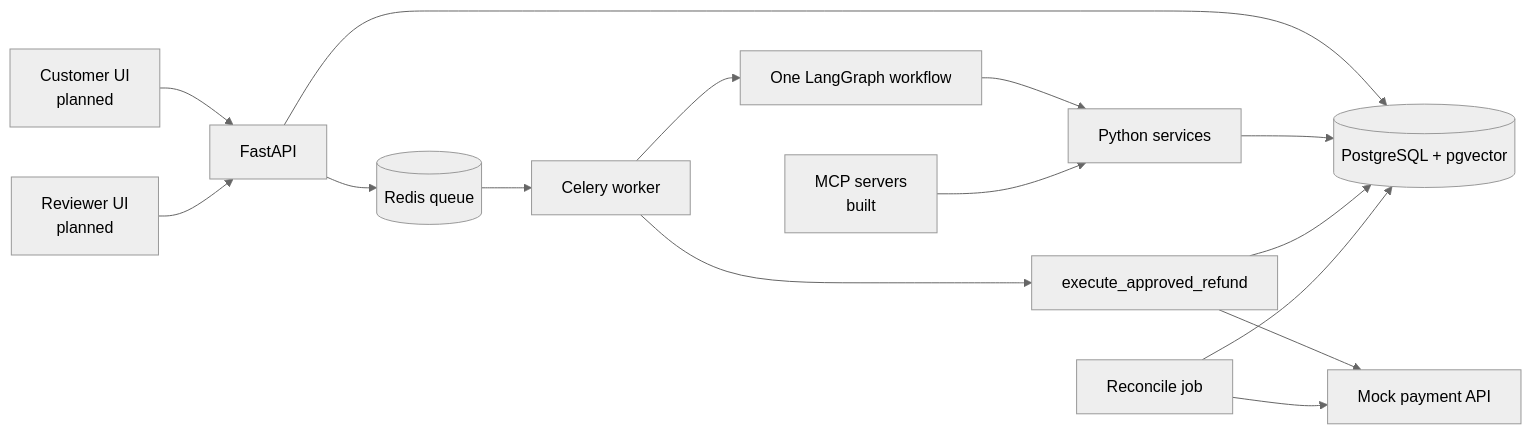
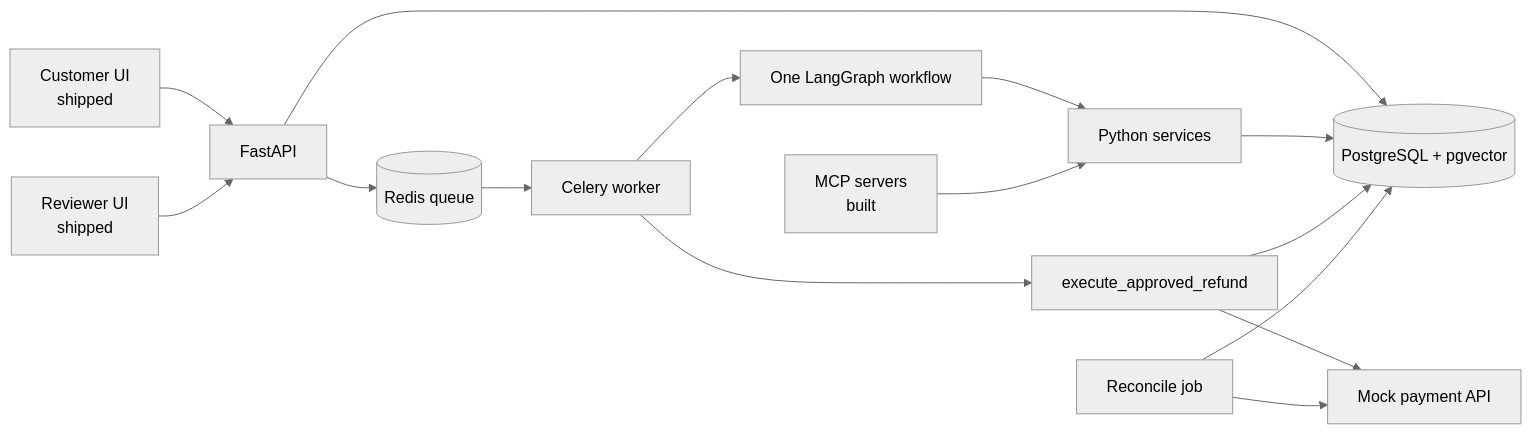
One commit to snehapankhi05/support-resolution-agent changed the first of 4 diagrams in docs/architecture.md. Above: the diagram before and after it, drawn with Mermaid (neutral theme). The commit also changed other lines of this file and 5 other files, not shown here.

````diff
--- a/docs/architecture.md
+++ b/docs/architecture.md
@@ -15,17 +16,17 @@
 ```mermaid
 flowchart LR
-  C["Customer UI<br/>planned"] --> API["FastAPI"]
-  R["Reviewer UI<br/>planned"] --> API
+  C["Customer UI<br/>shipped"] --> API["FastAPI"]
+  R["Reviewer UI<br/>shipped"] --> API
   API --> DB[("PostgreSQL + pgvector")]
   API --> Q[("Redis queue")]
   Q --> W["Celery worker"]
   W --> G["One LangGraph workflow"]
   G --> S["Python services"]
   S --> DB
   W --> EX["execute_approved_refund"]
   EX --> DB
   EX --> PAY["Mock payment API"]
   REC["Reconcile job"] --> PAY
   REC --> DB
   MCP["MCP servers<br/>built"] --> S
 ```
````
